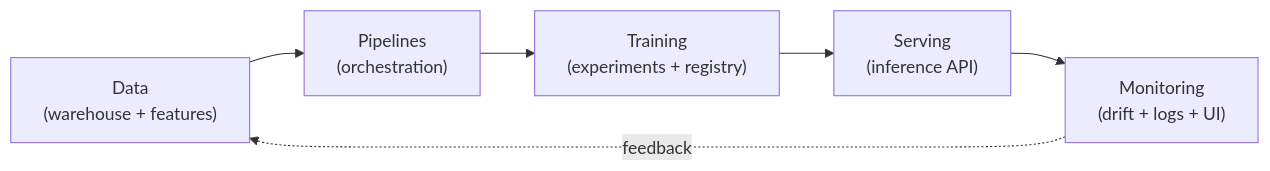
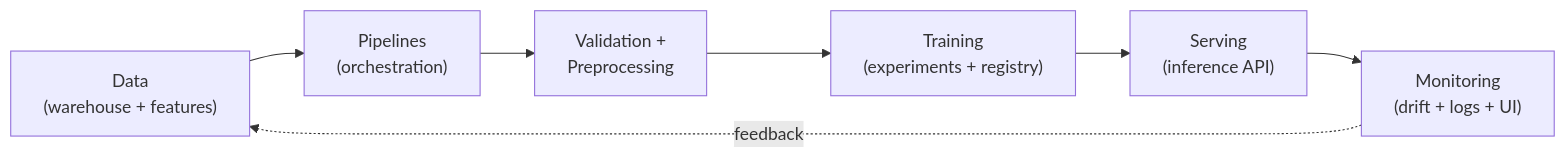
Before and after one commit to DanHerman212/enterprise_clinical_copilot: the diagram in docs/mlops_pipeline.md, drawn with Mermaid. The commit also changed other lines of this file, not shown here.

Commit message:
updated mlops doc

````diff
--- a/docs/mlops_pipeline.md
+++ b/docs/mlops_pipeline.md
@@ -9,11 +9,12 @@
 ```mermaid
 flowchart LR
   DATA["Data<br/>(warehouse + features)"]
   PIPE["Pipelines<br/>(orchestration)"]
+  PREP["Validation +<br/>Preprocessing"]
   TRAIN["Training<br/>(experiments + registry)"]
   SERVE["Serving<br/>(inference API)"]
   MON["Monitoring<br/>(drift + logs + UI)"]
 
-  DATA --> PIPE --> TRAIN --> SERVE --> MON
+  DATA --> PIPE --> PREP --> TRAIN --> SERVE --> MON
   MON -. feedback .-> DATA
 ```
````
